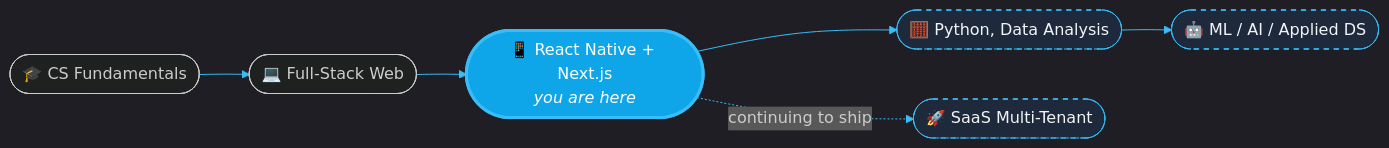
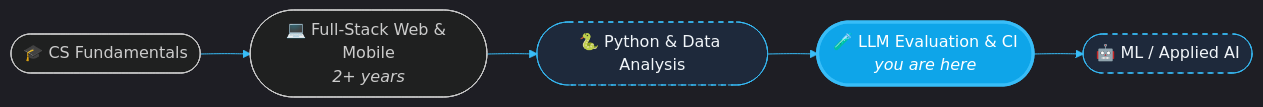
Before and after one commit to 3MaheshKadam/3MaheshKadam: the diagram in README.md, drawn with Mermaid. The commit also changed other lines of this file, not shown here.

````diff
--- a/README.md
+++ b/README.md
@@ -103,14 +122,12 @@
 ```mermaid
 %%{init: {'theme':'dark', 'themeVariables': {'primaryColor':'#1e293b','primaryTextColor':'#f1f5f9','primaryBorderColor':'#38bdf8','lineColor':'#38bdf8','secondaryColor':'#0ea5e9','tertiaryColor':'#0f172a'}}}%%
 flowchart LR
-    A([🎓 CS Fundamentals])  --> B([💻 Full-Stack Web])
-    B --> C([📱 React Native + Next.js<br/><i>you are here</i>])
-    C --> D([🧮 Python, Data Analysis])
-    D --> E([🤖 ML / AI / Applied DS])
-    C -.continuing to ship.-> F([🚀 SaaS Multi-Tenant])
+    A([🎓 CS Fundamentals]) --> B([💻 Full-Stack Web & Mobile<br/><i>2+ years</i>])
+    B --> C([🐍 Python & Data Analysis])
+    C --> D([🧪 LLM Evaluation & CI<br/><i>you are here</i>])
+    D --> E([🤖 ML / Applied AI])
 
-    style C fill:#0ea5e9,stroke:#38bdf8,stroke-width:3px,color:#fff
+    style D fill:#0ea5e9,stroke:#38bdf8,stroke-width:3px,color:#fff
     style E fill:#1e293b,stroke:#38bdf8,stroke-dasharray:5 5,color:#f1f5f9
-    style D fill:#1e293b,stroke:#38bdf8,stroke-dasharray:5 5,color:#f1f5f9
-    style F fill:#1e293b,stroke:#38bdf8,stroke-dasharray:5 5,color:#f1f5f9
+    style C fill:#1e293b,stroke:#38bdf8,stroke-dasharray:5 5,color:#f1f5f9
 ```
````
